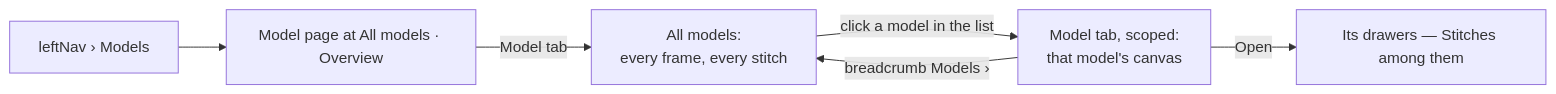
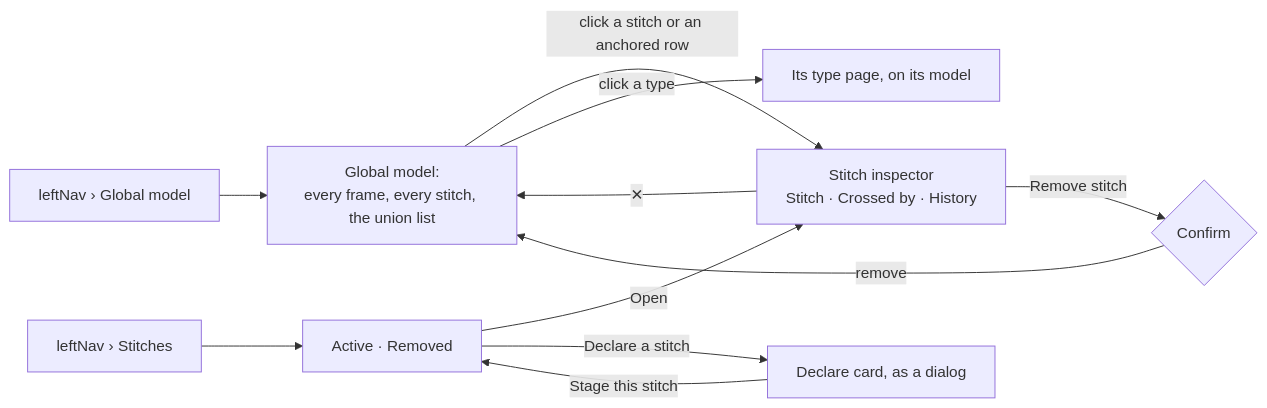
Before and after one commit to invana/invana: the second of 2 diagrams in docs/for-developers/modules/connect-and-model/features/stitch-models.md, drawn with Mermaid. The commit also changed other lines of this file and 359 other files, not shown here.

````diff
--- a/docs/for-developers/modules/connect-and-model/features/stitch-models.md
+++ b/docs/for-developers/modules/connect-and-model/features/stitch-models.md
@@ -137,8 +139,11 @@
 ```mermaid
 flowchart LR
-    A[leftNav › Models] --> B[Model page at All models · Overview]
-    B -->|Model tab| C[All models:<br/>every frame, every stitch]
-    C -->|click a model in the list| D[Model tab, scoped:<br/>that model's canvas]
-    D -->|breadcrumb Models ›| C
-    D -->|Open| E[Its drawers — Stitches among them]
+    A[leftNav › Global model] --> C[Global model:<br/>every frame, every stitch, the union list]
+    C -->|click a stitch or an anchored row| I[Stitch inspector<br/>Stitch · Crossed by · History]
+    I -->|✕| C
+    I -->|Remove stitch| R{Confirm} -->|remove| C
+    C -->|click a type| T[Its type page, on its model]
+    S[leftNav › Stitches] --> L[Active · Removed]
+    L -->|Open| I
+    L -->|Declare a stitch| D[Declare card, as a dialog] -->|Stage this stitch| L
 ```
````
